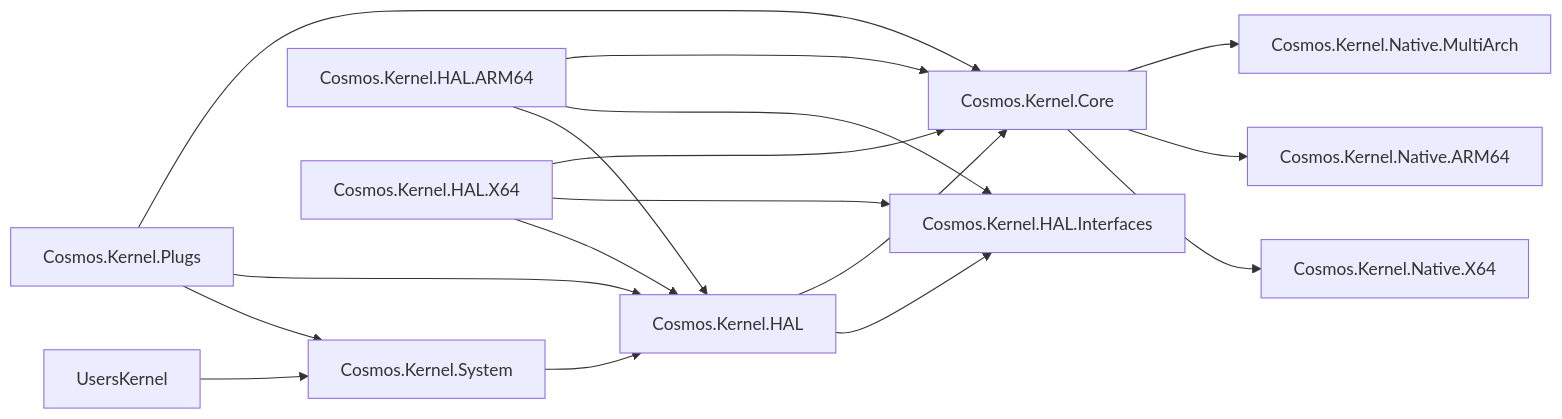
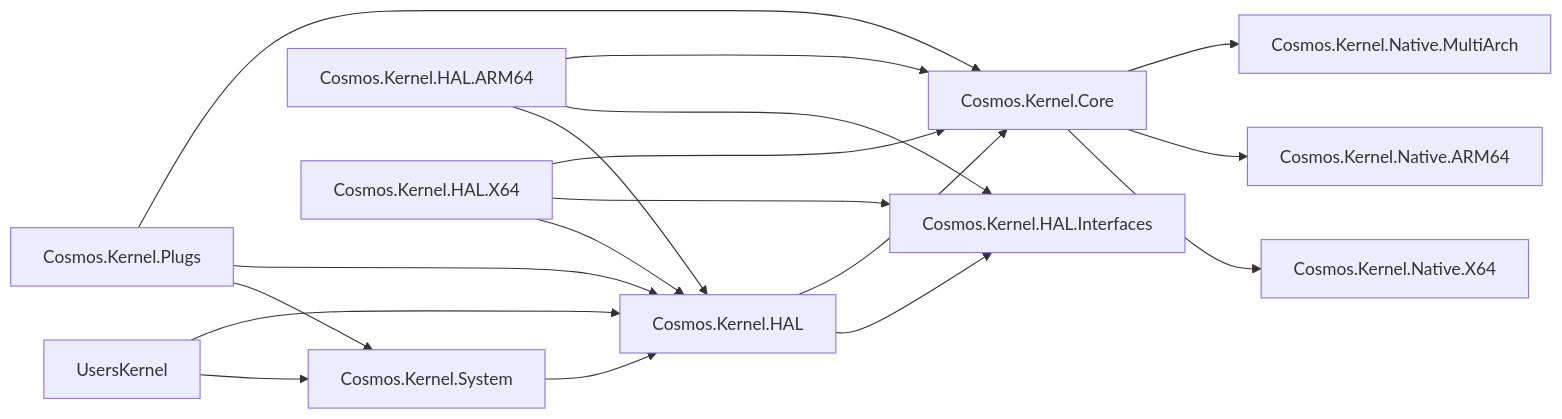
One commit to CosmosOS/Cosmos changed the diagram in docs/articles/dev/kernel-project-layout.md. Above: the diagram before and after it, drawn with Mermaid. The commit also changed other lines of this file and 11 other files, not shown here.

````diff
--- a/docs/articles/dev/kernel-project-layout.md
+++ b/docs/articles/dev/kernel-project-layout.md
@@ -7,19 +7,20 @@
 ```mermaid
 flowchart LR;
 	UsersKernel-->Cosmos.Kernel.System;
+	UsersKernel-->Cosmos.Kernel.HAL;
     Cosmos.Kernel.System-->Cosmos.Kernel.HAL;
 	Cosmos.Kernel.Plugs-->Cosmos.Kernel.System;
     Cosmos.Kernel.Plugs-->Cosmos.Kernel.HAL;
     Cosmos.Kernel.Plugs-->Cosmos.Kernel.Core;
     Cosmos.Kernel.HAL-->Cosmos.Kernel.HAL.Interfaces;
     Cosmos.Kernel.HAL.ARM64-->Cosmos.Kernel.HAL;
     Cosmos.Kernel.HAL.X64-->Cosmos.Kernel.HAL;
 	Cosmos.Kernel.HAL.ARM64-->Cosmos.Kernel.HAL.Interfaces;
 	Cosmos.Kernel.HAL.X64-->Cosmos.Kernel.HAL.Interfaces;
 	Cosmos.Kernel.HAL.ARM64-->Cosmos.Kernel.Core;
 	Cosmos.Kernel.HAL.X64-->Cosmos.Kernel.Core;
 	Cosmos.Kernel.HAL-->Cosmos.Kernel.Core;
     Cosmos.Kernel.Core-->Cosmos.Kernel.Native.X64;
     Cosmos.Kernel.Core-->Cosmos.Kernel.Native.ARM64;
     Cosmos.Kernel.Core-->Cosmos.Kernel.Native.MultiArch;
 ```
````
